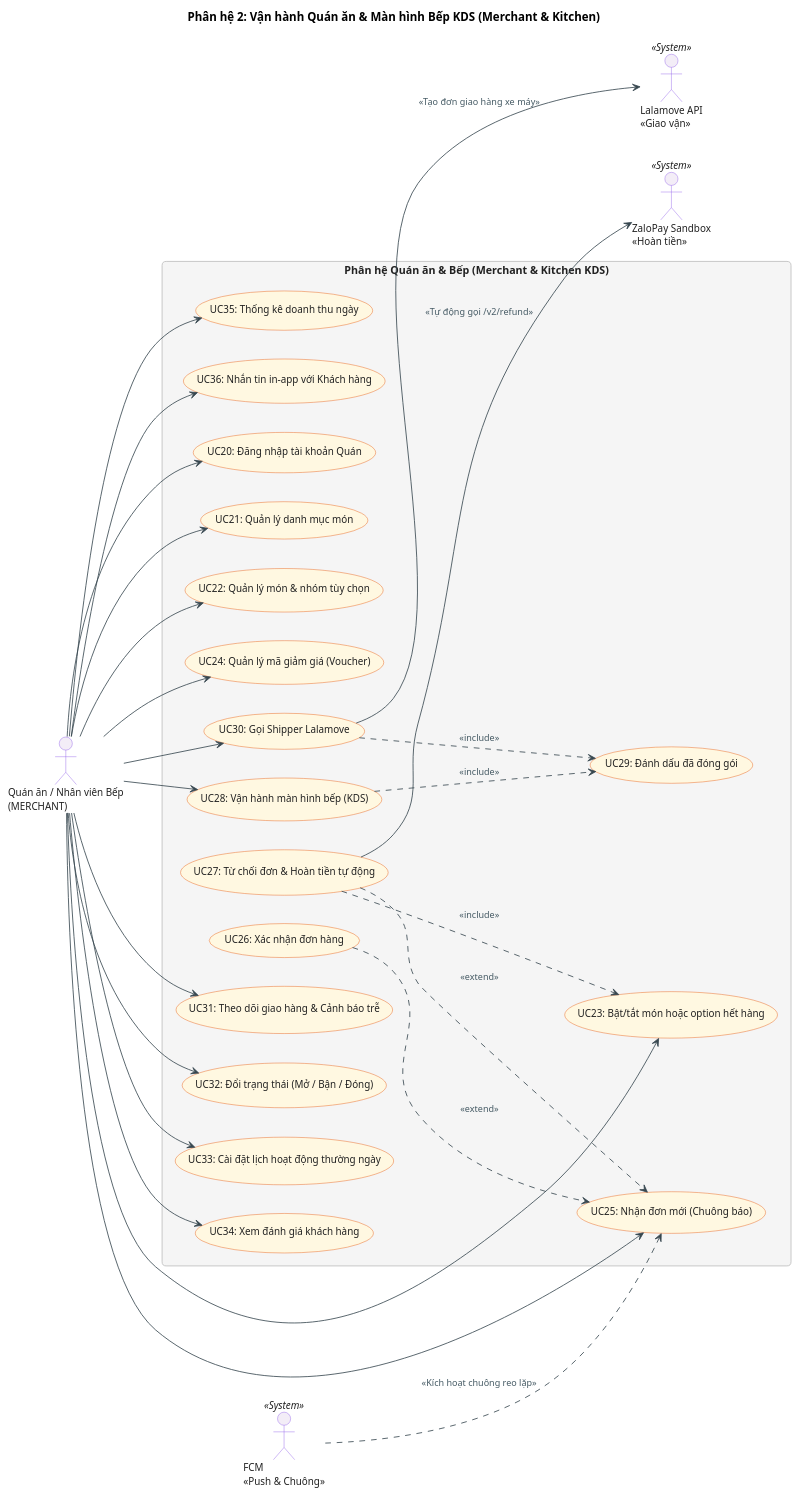
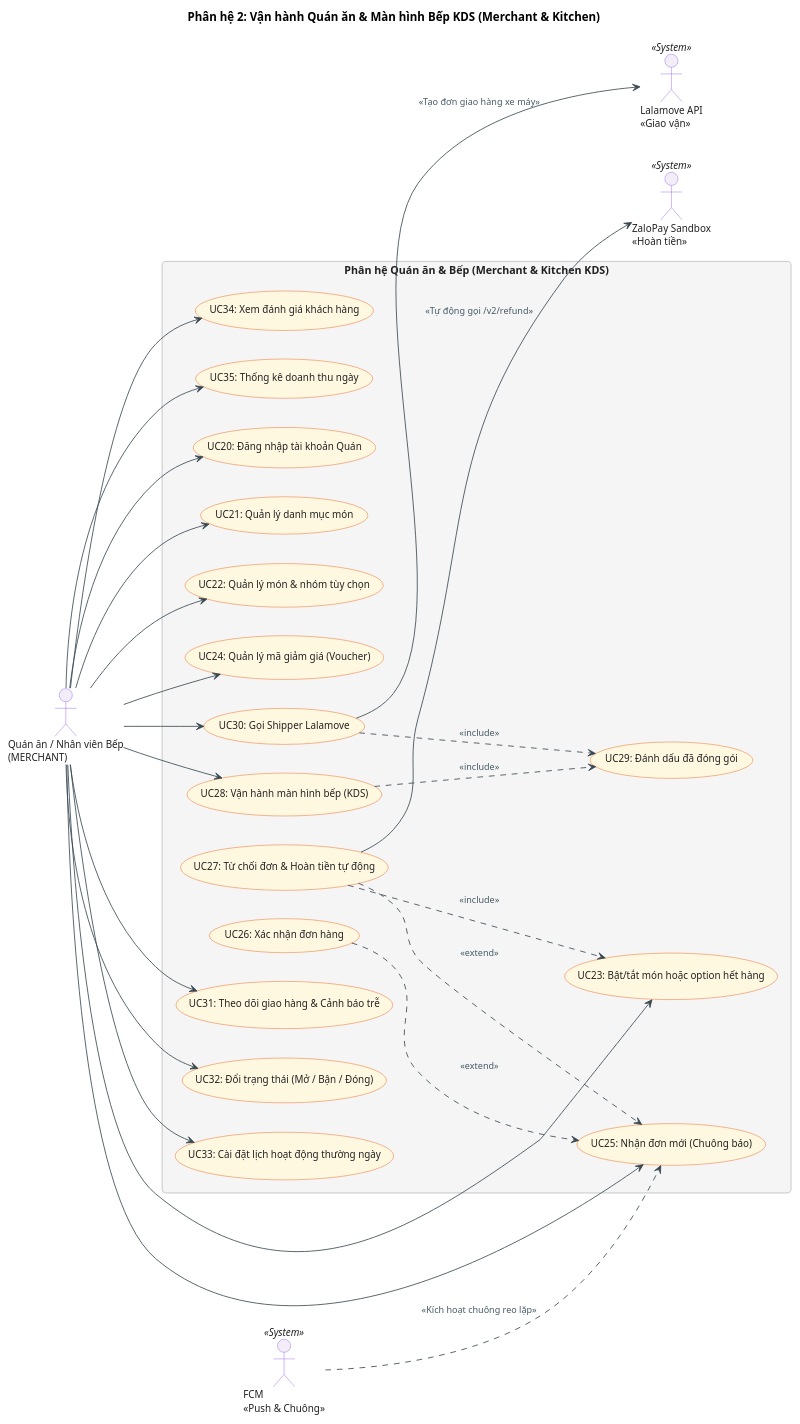
One commit to thanhpino/MobileAppFinalProject-MiaoSong changed the diagram in docs/diagrams/03-use-case-diagrams/03-Phan-he-quan-an-man-hinh-bep.puml. Above: the diagram before and after it, drawn with PlantUML. The commit also changed 31 other files, not shown here.

Commit message:
docs(diagrams): sync all PlantUML sources & re-render 18 PNG diagrams to match ZaloPay/ERD/Tracking code

```diff
--- a/docs/diagrams/03-use-case-diagrams/03-Phan-he-quan-an-man-hinh-bep.puml
+++ b/docs/diagrams/03-use-case-diagrams/03-Phan-he-quan-an-man-hinh-bep.puml
@@ -1,97 +1,95 @@
 @startuml MiaoSong_QuanAn_Bep
 title Phân hệ 2: Vận hành Quán ăn & Màn hình Bếp KDS (Merchant & Kitchen)
 left to right direction
 
 skinparam defaultFontName "Arial"
 skinparam defaultFontSize 12
 skinparam roundcorner 10
 skinparam shadowing false
 skinparam packageStyle rectangle
 
 skinparam actor {
     BorderColor #8A57E8
     BackgroundColor #F3EDF7
     FontColor #212121
     FontSize 12
 }
 
 skinparam usecase {
     BorderColor #E65100
     BackgroundColor #FFF8E1
     FontColor #212121
     FontSize 12
     ArrowColor #37474F
 }
 
 skinparam rectangle {
     BorderColor #9E9E9E
     BackgroundColor #FAFAFA
     FontColor #212121
     FontSize 13
 }
 
 skinparam package {
     BorderColor #BDBDBD
     BackgroundColor #F5F5F5
     FontColor #37474F
     FontSize 12
 }
 
 skinparam arrow {
     Color #37474F
     FontColor #455A64
     FontSize 11
 }
 
 
 actor "Quán ăn / Nhân viên Bếp\n(MERCHANT)" as Q
 
 actor "FCM\n<<Push & Chuông>>" as FCM <<System>>
 actor "ZaloPay Sandbox\n<<Hoàn tiền>>" as ZLP <<System>>
 actor "Lalamove API\n<<Giao vận>>" as LL <<System>>
 
 rectangle "Phân hệ Quán ăn & Bếp (Merchant & Kitchen KDS)" {
     usecase "UC20: Đăng nhập tài khoản Quán" as UC20
     usecase "UC21: Quản lý danh mục món" as UC21
     usecase "UC22: Quản lý món & nhóm tùy chọn" as UC22
     usecase "UC23: Bật/tắt món hoặc option hết hàng" as UC23
     usecase "UC24: Quản lý mã giảm giá (Voucher)" as UC24
     usecase "UC25: Nhận đơn mới (Chuông báo)" as UC25
     usecase "UC26: Xác nhận đơn hàng" as UC26
     usecase "UC27: Từ chối đơn & Hoàn tiền tự động" as UC27
     usecase "UC28: Vận hành màn hình bếp (KDS)" as UC28
     usecase "UC29: Đánh dấu đã đóng gói" as UC29
     usecase "UC30: Gọi Shipper Lalamove" as UC30
     usecase "UC31: Theo dõi giao hàng & Cảnh báo trễ" as UC31
     usecase "UC32: Đổi trạng thái (Mở / Bận / Đóng)" as UC32
     usecase "UC33: Cài đặt lịch hoạt động thường ngày" as UC33
     usecase "UC34: Xem đánh giá khách hàng" as UC34
     usecase "UC35: Thống kê doanh thu ngày" as UC35
-    usecase "UC36: Nhắn tin in-app với Khách hàng" as UC36
 }
 
 Q --> UC20
 Q --> UC21
 Q --> UC22
 Q --> UC23
 Q --> UC24
 Q --> UC25
 Q --> UC28
 Q --> UC30
 Q --> UC31
 Q --> UC32
 Q --> UC33
 Q --> UC34
 Q --> UC35
-Q --> UC36
 
 UC26 ..> UC25 : <<extend>>
 UC27 ..> UC25 : <<extend>>
 UC27 ..> UC23 : <<include>>
 UC28 ..> UC29 : <<include>>
 UC30 ..> UC29 : <<include>>
 
 FCM ..> UC25 : <<Kích hoạt chuông reo lặp>>
 UC27 --> ZLP : <<Tự động gọi /v2/refund>>
 UC30 --> LL : <<Tạo đơn giao hàng xe máy>>
 @enduml
```
